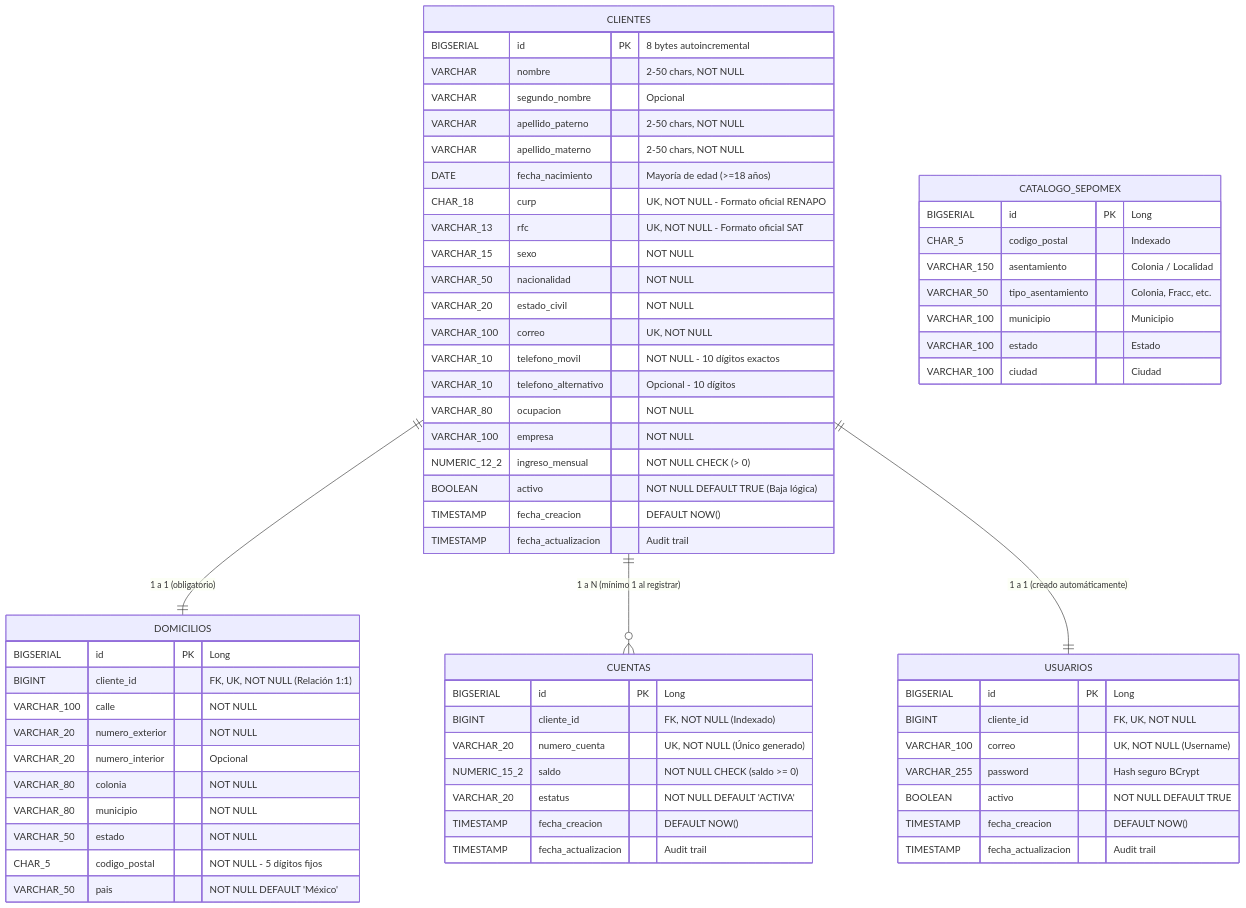
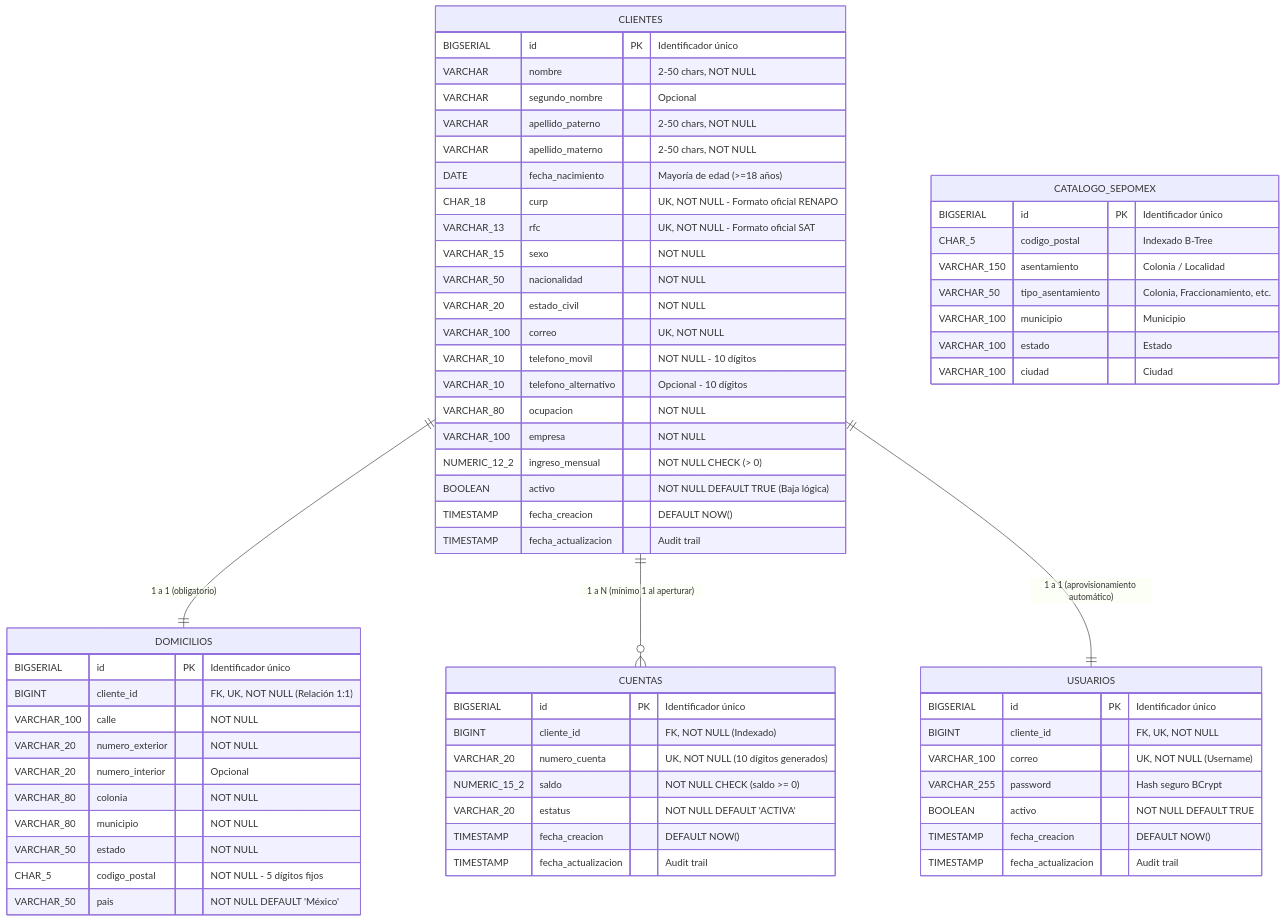
The diagram in README.md (juanpaa777/proyecto_H_JDPX), drawn with Mermaid before and after one commit. The commit also changed other lines of this file, not shown here.

````diff
--- a/README.md
+++ b/README.md
@@ -55,72 +72,72 @@
 ```mermaid
 erDiagram
     CLIENTES ||--|| DOMICILIOS : "1 a 1 (obligatorio)"
-    CLIENTES ||--o{ CUENTAS : "1 a N (mínimo 1 al registrar)"
-    CLIENTES ||--|| USUARIOS : "1 a 1 (creado automáticamente)"
+    CLIENTES ||--o{ CUENTAS : "1 a N (mínimo 1 al aperturar)"
+    CLIENTES ||--|| USUARIOS : "1 a 1 (aprovisionamiento automático)"
 
     CLIENTES {
-        BIGSERIAL id PK "8 bytes autoincremental"
+        BIGSERIAL id PK "Identificador único"
         VARCHAR nombre "2-50 chars, NOT NULL"
         VARCHAR segundo_nombre "Opcional"
         VARCHAR apellido_paterno "2-50 chars, NOT NULL"
         VARCHAR apellido_materno "2-50 chars, NOT NULL"
         DATE fecha_nacimiento "Mayoría de edad (>=18 años)"
         CHAR_18 curp "UK, NOT NULL - Formato oficial RENAPO"
         VARCHAR_13 rfc "UK, NOT NULL - Formato oficial SAT"
         VARCHAR_15 sexo "NOT NULL"
         VARCHAR_50 nacionalidad "NOT NULL"
         VARCHAR_20 estado_civil "NOT NULL"
         VARCHAR_100 correo "UK, NOT NULL"
-        VARCHAR_10 telefono_movil "NOT NULL - 10 dígitos exactos"
+        VARCHAR_10 telefono_movil "NOT NULL - 10 dígitos"
         VARCHAR_10 telefono_alternativo "Opcional - 10 dígitos"
         VARCHAR_80 ocupacion "NOT NULL"
         VARCHAR_100 empresa "NOT NULL"
         NUMERIC_12_2 ingreso_mensual "NOT NULL CHECK (> 0)"
         BOOLEAN activo "NOT NULL DEFAULT TRUE (Baja lógica)"
         TIMESTAMP fecha_creacion "DEFAULT NOW()"
         TIMESTAMP fecha_actualizacion "Audit trail"
     }
 
     DOMICILIOS {
-        BIGSERIAL id PK "Long"
+        BIGSERIAL id PK "Identificador único"
         BIGINT cliente_id "FK, UK, NOT NULL (Relación 1:1)"
         VARCHAR_100 calle "NOT NULL"
         VARCHAR_20 numero_exterior "NOT NULL"
         VARCHAR_20 numero_interior "Opcional"
         VARCHAR_80 colonia "NOT NULL"
         VARCHAR_80 municipio "NOT NULL"
         VARCHAR_50 estado "NOT NULL"
         CHAR_5 codigo_postal "NOT NULL - 5 dígitos fijos"
         VARCHAR_50 pais "NOT NULL DEFAULT 'México'"
     }
 
     CUENTAS {
-        BIGSERIAL id PK "Long"
+        BIGSERIAL id PK "Identificador único"
         BIGINT cliente_id "FK, NOT NULL (Indexado)"
-        VARCHAR_20 numero_cuenta "UK, NOT NULL (Único generado)"
+        VARCHAR_20 numero_cuenta "UK, NOT NULL (10 dígitos generados)"
         NUMERIC_15_2 saldo "NOT NULL CHECK (saldo >= 0)"
         VARCHAR_20 estatus "NOT NULL DEFAULT 'ACTIVA'"
         TIMESTAMP fecha_creacion "DEFAULT NOW()"
         TIMESTAMP fecha_actualizacion "Audit trail"
     }
 
     USUARIOS {
-        BIGSERIAL id PK "Long"
+        BIGSERIAL id PK "Identificador único"
         BIGINT cliente_id "FK, UK, NOT NULL"
         VARCHAR_100 correo "UK, NOT NULL (Username)"
         VARCHAR_255 password "Hash seguro BCrypt"
         BOOLEAN activo "NOT NULL DEFAULT TRUE"
         TIMESTAMP fecha_creacion "DEFAULT NOW()"
         TIMESTAMP fecha_actualizacion "Audit trail"
     }
 
     CATALOGO_SEPOMEX {
-        BIGSERIAL id PK "Long"
-        CHAR_5 codigo_postal "Indexado"
+        BIGSERIAL id PK "Identificador único"
+        CHAR_5 codigo_postal "Indexado B-Tree"
         VARCHAR_150 asentamiento "Colonia / Localidad"
-        VARCHAR_50 tipo_asentamiento "Colonia, Fracc, etc."
+        VARCHAR_50 tipo_asentamiento "Colonia, Fraccionamiento, etc."
         VARCHAR_100 municipio "Municipio"
         VARCHAR_100 estado "Estado"
         VARCHAR_100 ciudad "Ciudad"
     }
 ```
````
